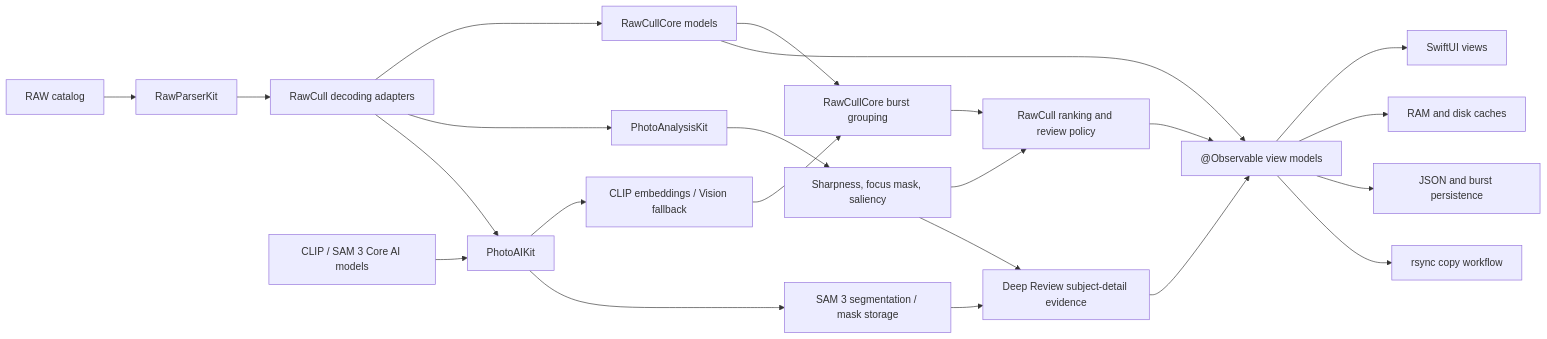
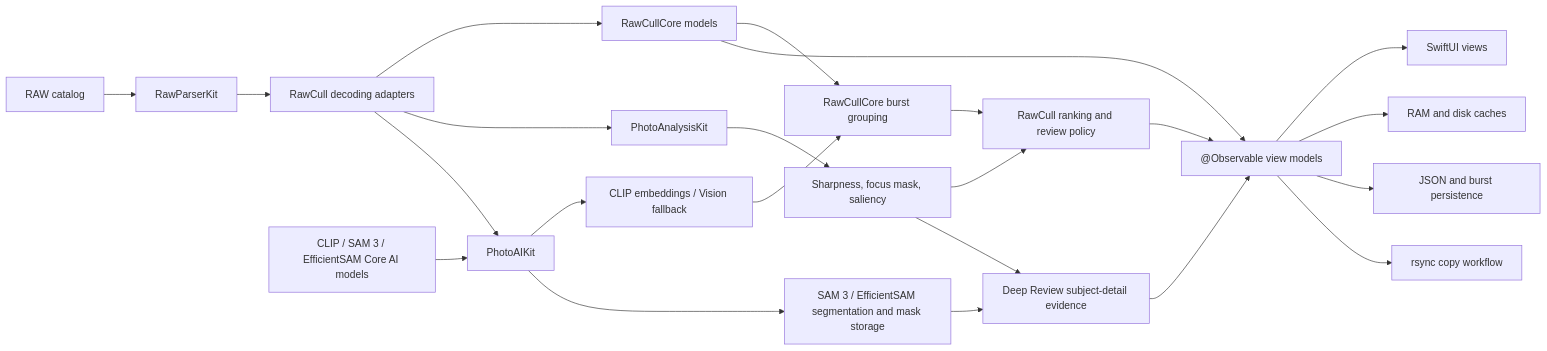
Before and after one commit to rsyncOSX/RawCull: the first of 2 diagrams in README.md, drawn with Mermaid. The commit also changed other lines of this file, not shown here.

````diff
--- a/README.md
+++ b/README.md
@@ -173,25 +184,25 @@
 ```mermaid
 flowchart LR
     Catalog["RAW catalog"] --> Parser["RawParserKit"]
     Parser --> Adapter["RawCull decoding adapters"]
     Adapter --> Domain["RawCullCore models"]
     Adapter --> Analysis["PhotoAnalysisKit"]
     Adapter --> PhotoAI["PhotoAIKit"]
-    Models["CLIP / SAM 3 Core AI models"] --> PhotoAI
+    Models["CLIP / SAM 3 / EfficientSAM Core AI models"] --> PhotoAI
     Analysis --> Sharpness["Sharpness, focus mask, saliency"]
     PhotoAI --> Similarity["CLIP embeddings / Vision fallback"]
-    PhotoAI --> Masks["SAM 3 segmentation / mask storage"]
+    PhotoAI --> Masks["SAM 3 / EfficientSAM segmentation and mask storage"]
     Domain --> Bursts["RawCullCore burst grouping"]
     Similarity --> Bursts
     Sharpness --> Ranking["RawCull ranking and review policy"]
     Bursts --> Ranking
     Masks --> DeepReview["Deep Review subject-detail evidence"]
     Sharpness --> DeepReview
     Domain --> ViewModels["@Observable view models"]
     Ranking --> ViewModels
     DeepReview --> ViewModels
     ViewModels --> UI["SwiftUI views"]
     ViewModels --> Cache["RAM and disk caches"]
     ViewModels --> Persistence["JSON and burst persistence"]
     ViewModels --> Copy["rsync copy workflow"]
 ```
````
